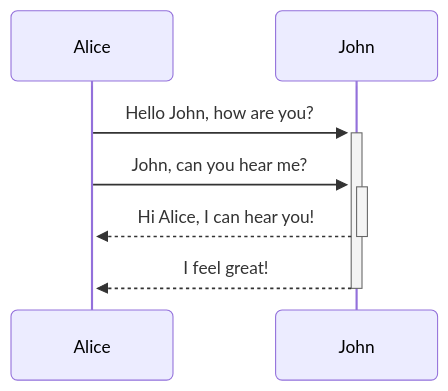
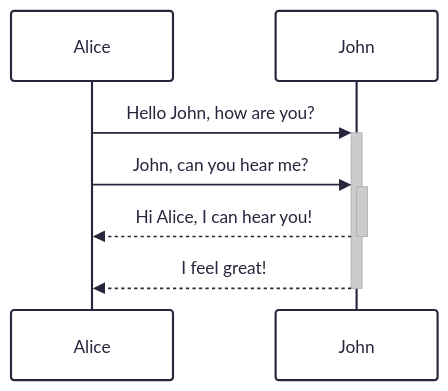
One commit to end2endzone/end2endzone-hugo changed diagram 18 of 25 in content/blog/1900-01-01-test-mermaid.md. Above: the diagram before and after it, drawn with Mermaid. The commit also changed other lines of this file and 1 other file, not shown here.

Commit message:
Extending mermaid theme 'forest' for compatibility with site's background color.

````diff
--- a/content/blog/1900-01-01-test-mermaid.md
+++ b/content/blog/1900-01-01-test-mermaid.md
@@ -169,12 +251,11 @@
 ```mermaid
 ---
 config:
-  look: neo
-  theme: mc
+  theme: redux
 ---
 sequenceDiagram
     Alice->>+John: Hello John, how are you?
     Alice->>+John: John, can you hear me?
     John-->>-Alice: Hi Alice, I can hear you!
     John-->>-Alice: I feel great!
 ```
````
